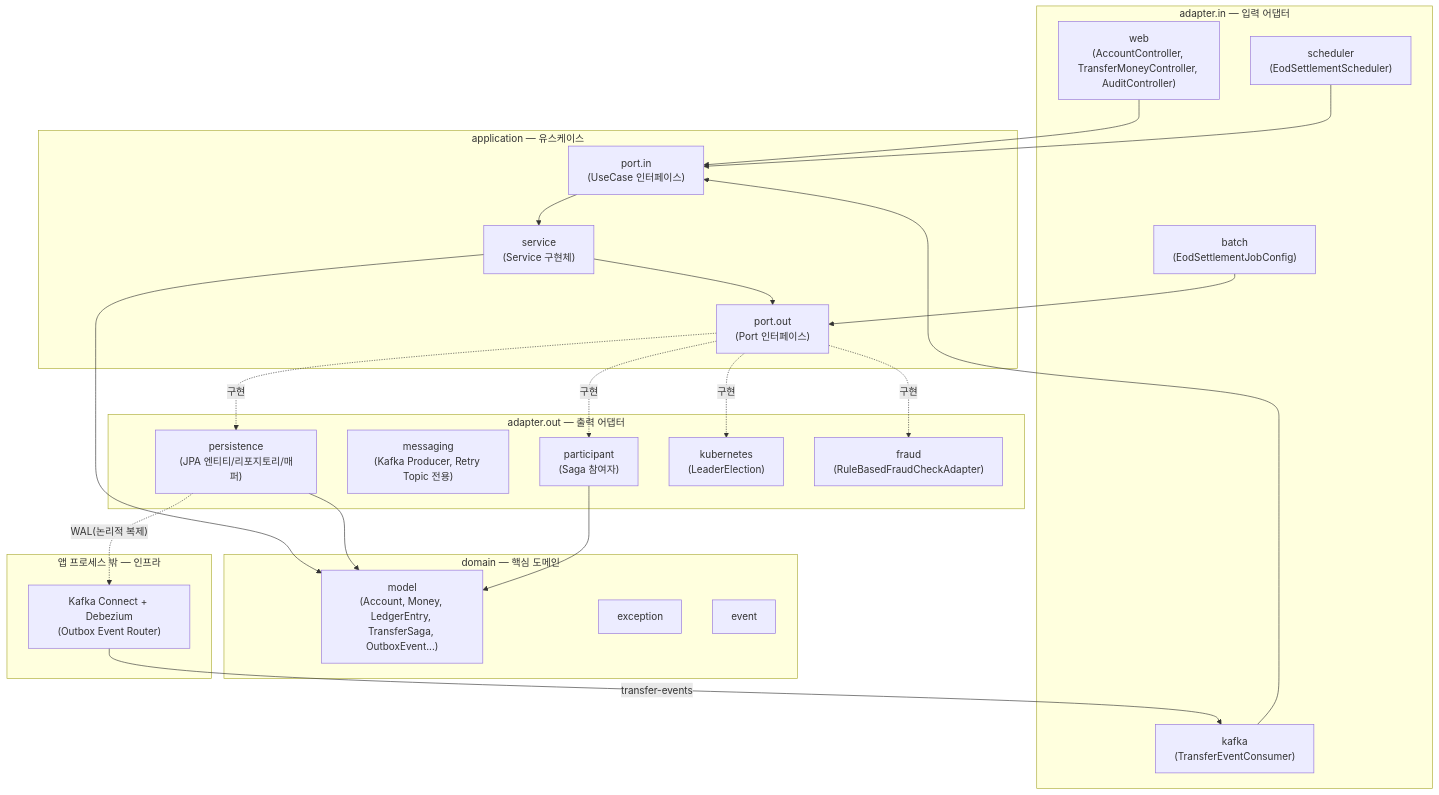
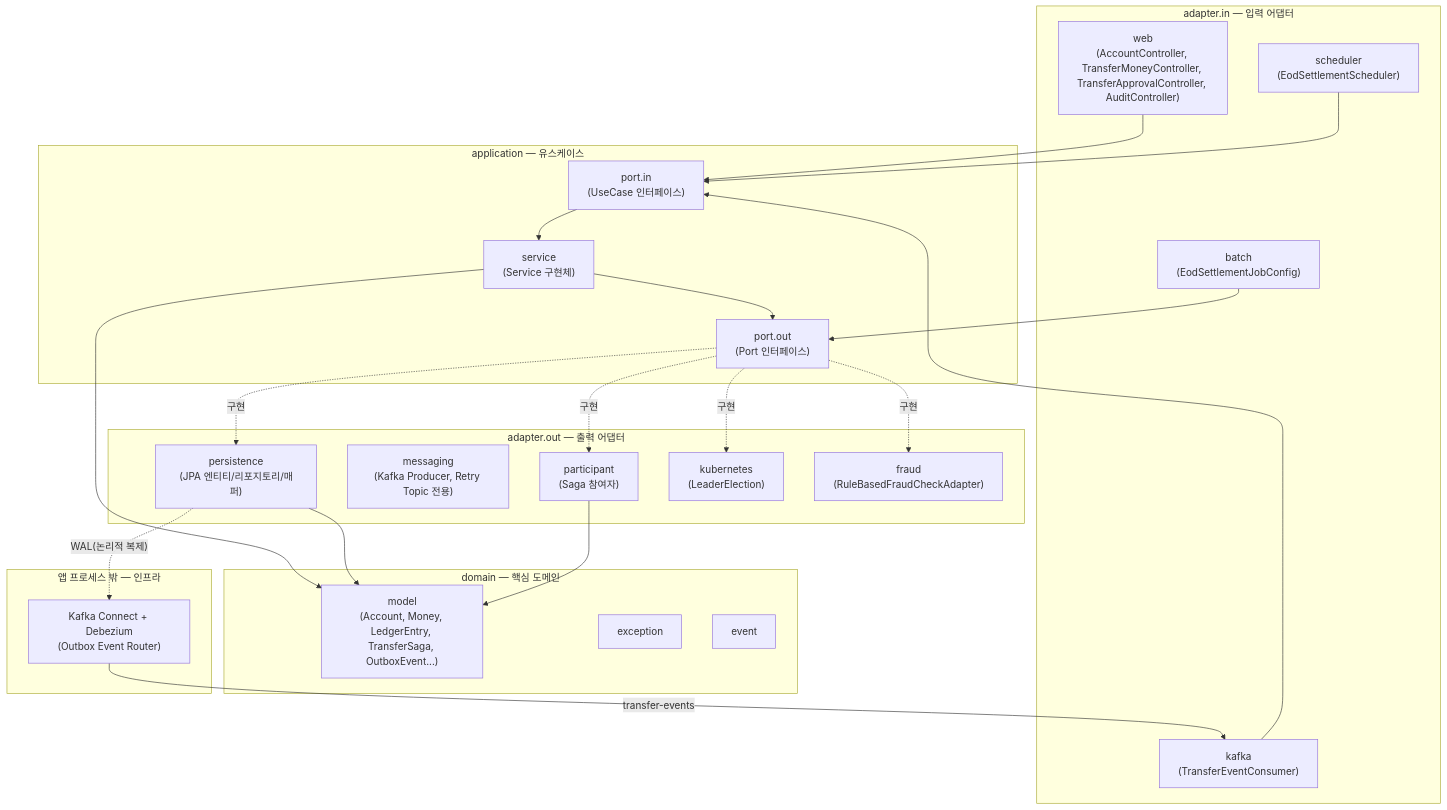
The diagram in README.md (farmer0010/fbrl-backend), drawn with Mermaid before and after one commit. The commit also changed other lines of this file and 2 other files, not shown here.

Commit message:
docs: 누락된 완료 작업 4건 복원 및 PROGRESS.md 전체 재번호(과제 13~21)
PostgreSQL 전환/Debezium CDC 전환/해시체인 감사로그/거절 사유 조회 API가
develop에 이미 merge됐으나 PROGRESS.md 섹션이 누락되어 있던 것을 커밋
diff 기반으로 복원(과제 13/14/15/20 신설). 기존 과제 13~16을
과제 16~19로 시프트하고 본문 교차 참조 전수 수정, 헤더 1-2~21 순차
확인. ARCHITECTURE.md의 자기참조 오표기("과제 8" → "8번 결정")와
README의 Maker-Checker 누락도 함께 반영.

````diff
--- a/README.md
+++ b/README.md
@@ -25,53 +25,53 @@
 ```mermaid
 graph TB
     subgraph adapter_in["adapter.in — 입력 어댑터"]
-        WEB["web<br/>(AccountController, TransferMoneyController, AuditController)"]
+        WEB["web<br/>(AccountController, TransferMoneyController, TransferApprovalController, AuditController)"]
         KAFKA_IN["kafka<br/>(TransferEventConsumer)"]
         BATCH["batch<br/>(EodSettlementJobConfig)"]
         SCHED["scheduler<br/>(EodSettlementScheduler)"]
     end
 
     subgraph application["application — 유스케이스"]
         PORT_IN["port.in<br/>(UseCase 인터페이스)"]
         SERVICE["service<br/>(Service 구현체)"]
         PORT_OUT["port.out<br/>(Port 인터페이스)"]
     end
 
     subgraph domain["domain — 핵심 도메인"]
         MODEL["model<br/>(Account, Money, LedgerEntry, TransferSaga, OutboxEvent...)"]
         EXC["exception"]
         EVENT["event"]
     end
 
     subgraph adapter_out["adapter.out — 출력 어댑터"]
         PERSIST["persistence<br/>(JPA 엔티티/리포지토리/매퍼)"]
         MSG["messaging<br/>(Kafka Producer, Retry Topic 전용)"]
         PARTICIPANT["participant<br/>(Saga 참여자)"]
         K8S["kubernetes<br/>(LeaderElection)"]
         FRAUD["fraud<br/>(RuleBasedFraudCheckAdapter)"]
     end
 
     subgraph external_infra["앱 프로세스 밖 — 인프라"]
         CDC["Kafka Connect + Debezium<br/>(Outbox Event Router)"]
     end
 
     WEB --> PORT_IN
     KAFKA_IN --> PORT_IN
     BATCH --> PORT_OUT
     SCHED --> PORT_IN
 
     PORT_IN --> SERVICE
     SERVICE --> MODEL
     SERVICE --> PORT_OUT
 
     PORT_OUT -.구현.-> PERSIST
     PORT_OUT -.구현.-> PARTICIPANT
     PORT_OUT -.구현.-> K8S
     PORT_OUT -.구현.-> FRAUD
 
     PERSIST --> MODEL
     PARTICIPANT --> MODEL
 
     PERSIST -. "WAL(논리적 복제)" .-> CDC
     CDC -- "transfer-events" --> KAFKA_IN
 ```
````
